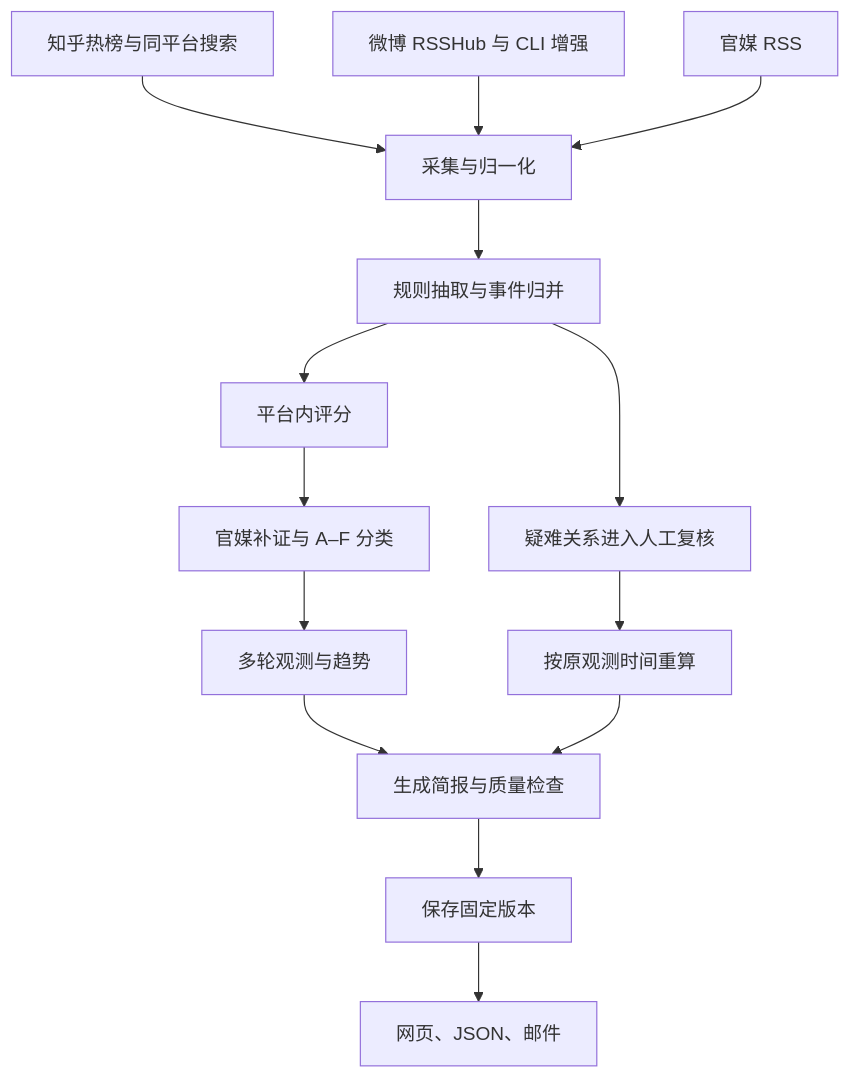
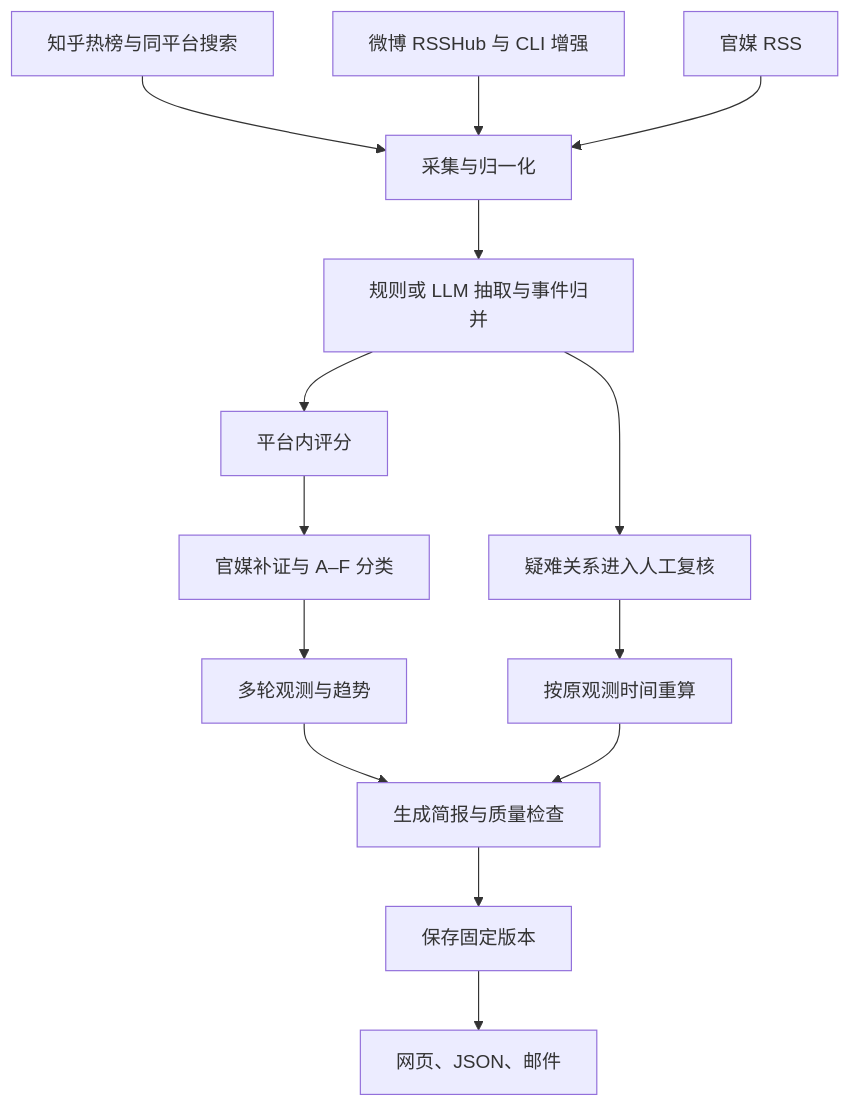
The diagram in README.md (xiedieyitongshou/public-opinion-analysis-refactor), drawn with Mermaid before and after one commit. The commit also changed other lines of this file and 34 other files, not shown here.

````diff
--- a/README.md
+++ b/README.md
@@ -48,16 +50,16 @@
 ```mermaid
 flowchart TD
     Z[知乎热榜与同平台搜索] --> C[采集与归一化]
     W[微博 RSSHub 与 CLI 增强] --> C
     O[官媒 RSS] --> C
-    C --> E[规则抽取与事件归并]
+    C --> E[规则或 LLM 抽取与事件归并]
     E --> H[平台内评分]
     E --> R[疑难关系进入人工复核]
     H --> K[官媒补证与 A–F 分类]
     K --> T[多轮观测与趋势]
     T --> B[生成简报与质量检查]
     B --> V[保存固定版本]
     V --> P[网页、JSON、邮件]
     R --> N[按原观测时间重算]
     N --> B
 ```
````
